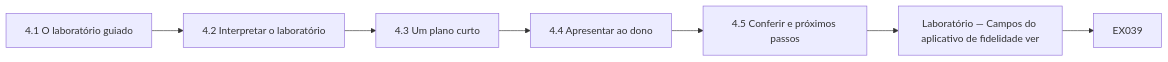
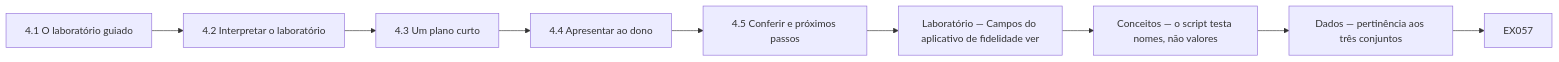
Diagram 11 of 12 in levels/rapid-1-month/privacy-data-protection/pt/book/MANUSCRIPT.md (hiagokinlevi/CyKin), drawn with Mermaid before and after one commit. The commit also changed other lines of this file and 1 other file, not shown here.

````diff
--- a/levels/rapid-1-month/privacy-data-protection/pt/book/MANUSCRIPT.md
+++ b/levels/rapid-1-month/privacy-data-protection/pt/book/MANUSCRIPT.md
@@ -395,10 +588,12 @@
 ```mermaid
 flowchart LR
   N0["4.1 O laboratório guiado"]
   N1["4.2 Interpretar o laboratório"]
   N2["4.3 Um plano curto"]
   N3["4.4 Apresentar ao dono"]
   N4["4.5 Conferir e próximos passos"]
   N5["Laboratório — Campos do aplicativo de fidelidade ver"]
-  N0 --> N1 --> N2 --> N3 --> N4 --> N5 --> Q["EX039"]
+  N6["Conceitos — o script testa nomes, não valores"]
+  N7["Dados — pertinência aos três conjuntos"]
+  N0 --> N1 --> N2 --> N3 --> N4 --> N5 --> N6 --> N7 --> Q["EX057"]
 ```
````
